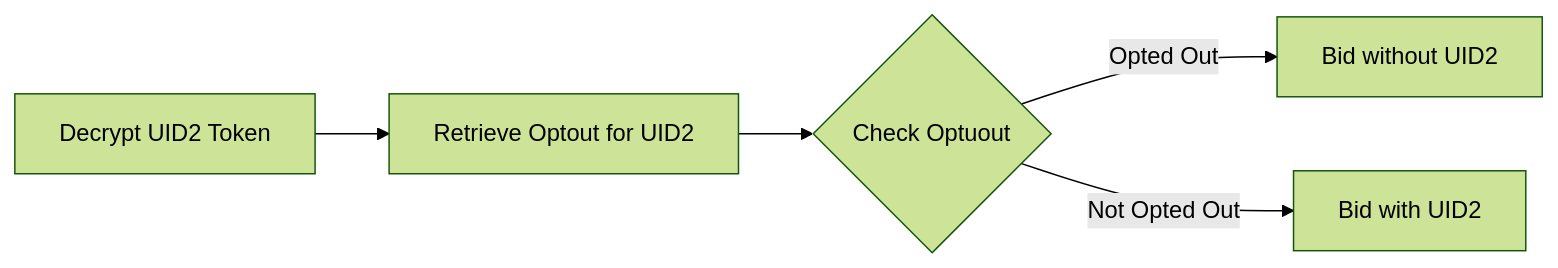
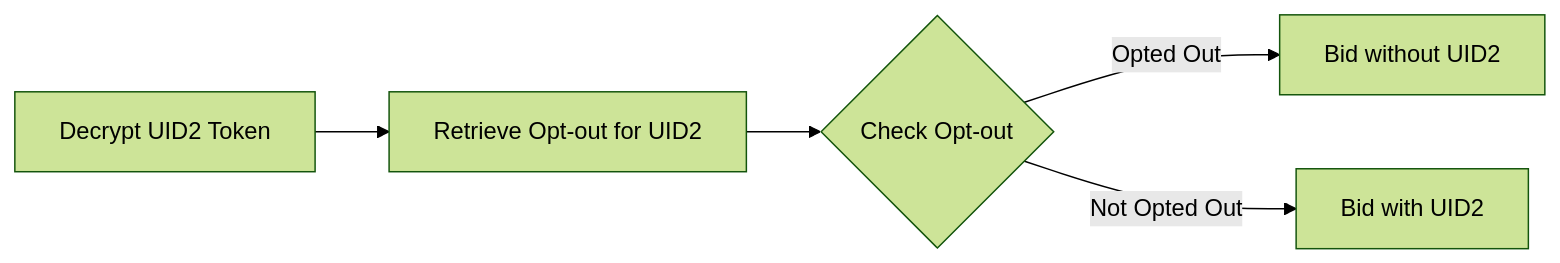
Before and after one commit to IABTechLab/uid2docs: the second of 2 diagrams in v1/guides/dsp-guide.md, drawn with Mermaid (forest theme). The commit also changed other lines of this file and 1 other file, not shown here.

````diff
--- a/v1/guides/dsp-guide.md
+++ b/v1/guides/dsp-guide.md
@@ -38,7 +36,7 @@
 ```mermaid
 graph LR
-A[Decrypt UID2 Token] --> B[Retrieve Optout for UID2]
-    B --> C{Check Optuout}
+A[Decrypt UID2 Token] --> B[Retrieve Opt-out for UID2]
+    B --> C{Check Opt-out}
     C --> |Opted Out| D[Bid without UID2]
     C --> |Not Opted Out| E[Bid with UID2]
 ```
````
